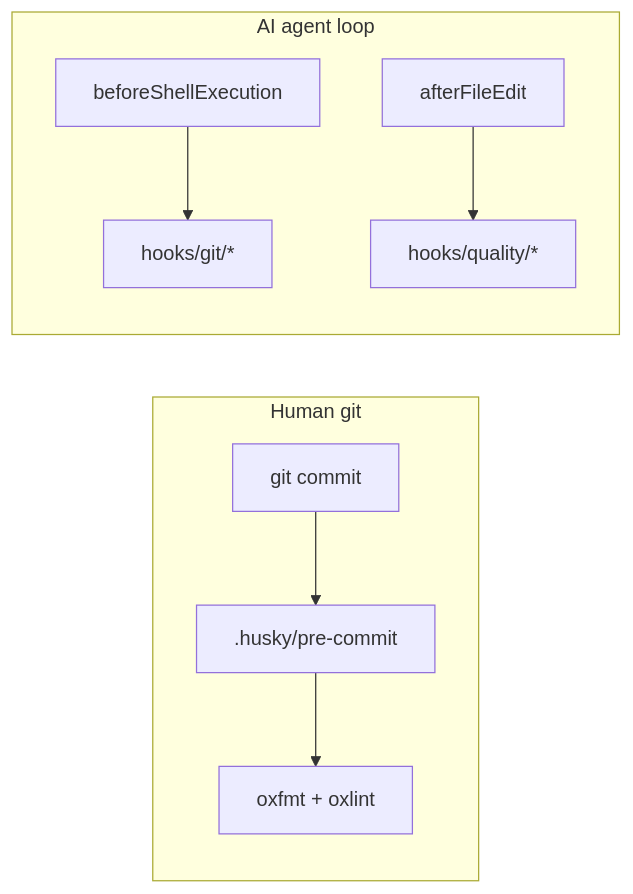
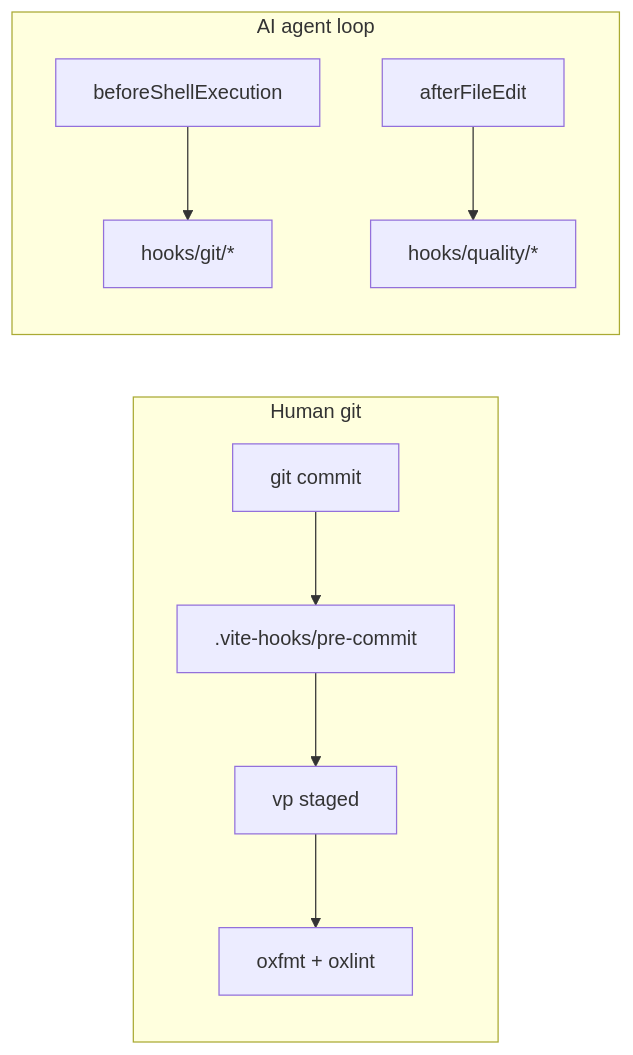
The second of 2 diagrams in README.md (louisbrulenaudet/monorepo-template), drawn with Mermaid before and after one commit. The commit also changed other lines of this file and 20 other files, not shown here.

````diff
--- a/README.md
+++ b/README.md
@@ -459,11 +459,11 @@
 ```mermaid
 flowchart LR
   subgraph human [Human git]
-    Commit["git commit"] --> Husky[".husky/pre-commit"]
-    Husky --> Oxc["oxfmt + oxlint"]
+    Commit["git commit"] --> ViteHooks[".vite-hooks/pre-commit"]
+    ViteHooks --> Staged["vp staged"] --> Oxc["oxfmt + oxlint"]
   end
   subgraph agent [AI agent loop]
     Shell["beforeShellExecution"] --> GitHooks["hooks/git/*"]
     Edit["afterFileEdit"] --> Quality["hooks/quality/*"]
   end
 ```
````
